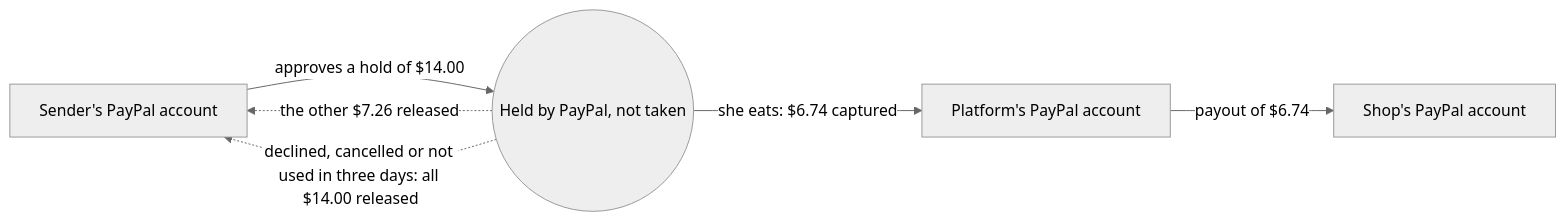
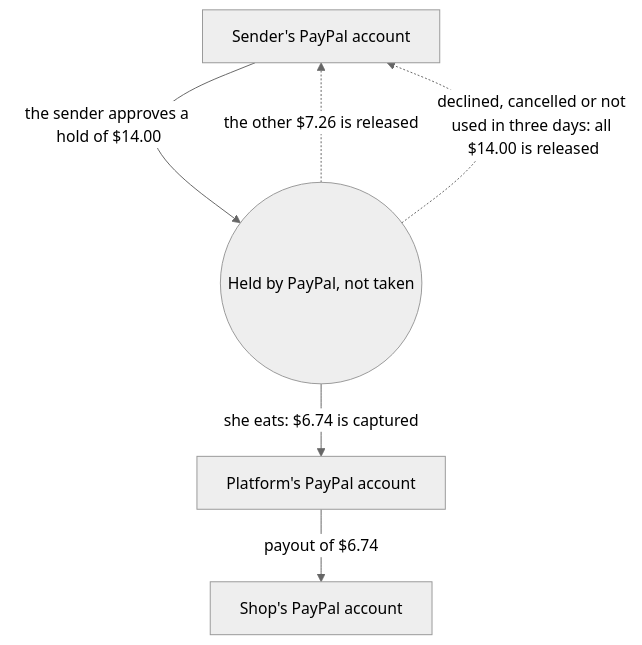
The second of 7 diagrams in README.md (55wind/handover), drawn with Mermaid (neutral theme) before and after one commit. The commit also changed other lines of this file, not shown here.

Commit message:
docs: flow diagrams drawn top to bottom so they stay readable on GitHub

````diff
--- a/README.md
+++ b/README.md
@@ -99,12 +84,12 @@
 ```mermaid
-flowchart LR
+flowchart TD
     A["Sender's PayPal account"]
     B(("Held by PayPal, not taken"))
     C["Platform's PayPal account"]
     D["Shop's PayPal account"]
-    A -- "approves a hold of $14.00" --> B
-    B -- "she eats: $6.74 captured" --> C
+    A -- "the sender approves a hold of $14.00" --> B
+    B -- "she eats: $6.74 is captured" --> C
     C -- "payout of $6.74" --> D
-    B -. "the other $7.26 released" .-> A
-    B -. "declined, cancelled or not used in three days: all $14.00 released" .-> A
+    B -. "the other $7.26 is released" .-> A
+    B -. "declined, cancelled or not used in three days: all $14.00 is released" .-> A
 ```
````
